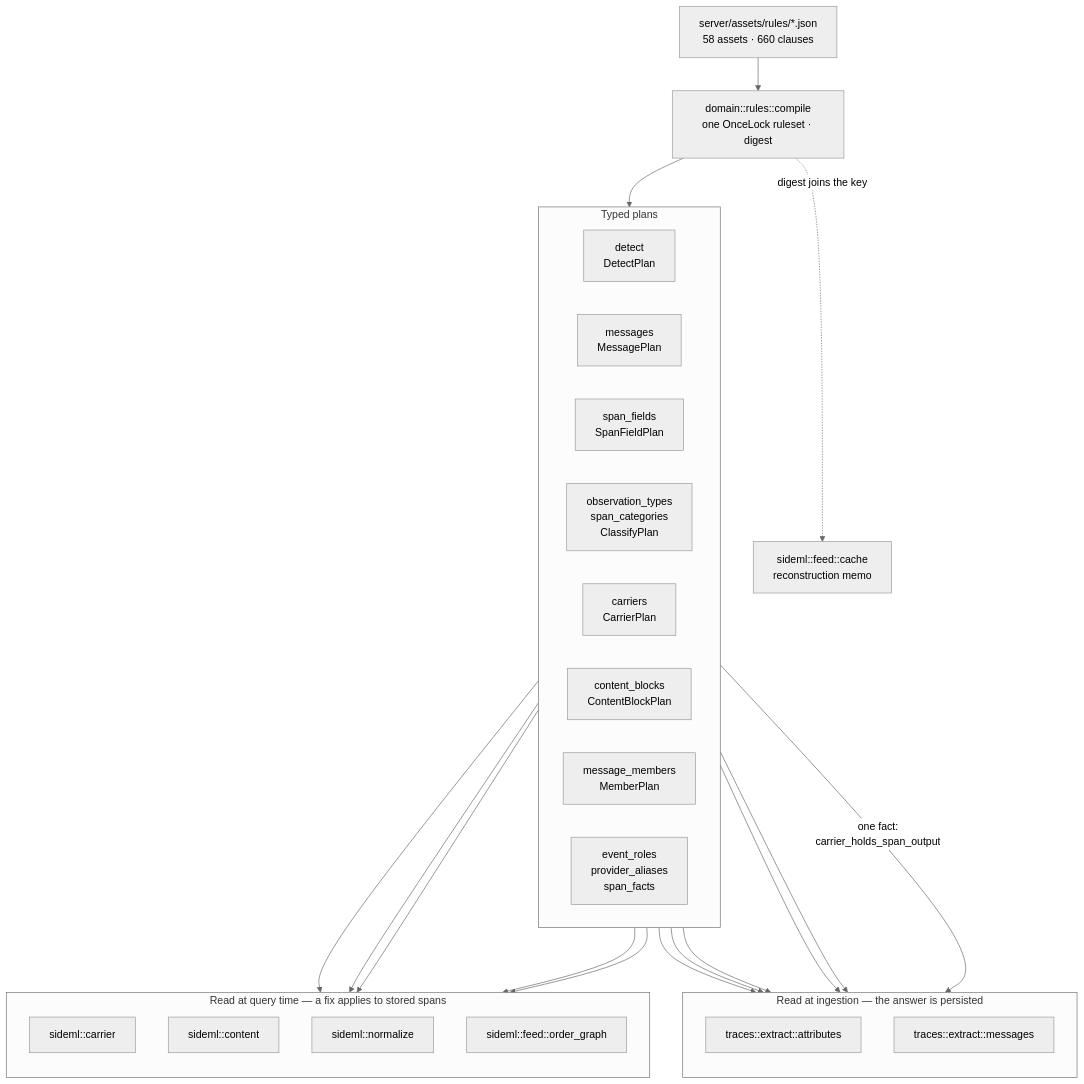
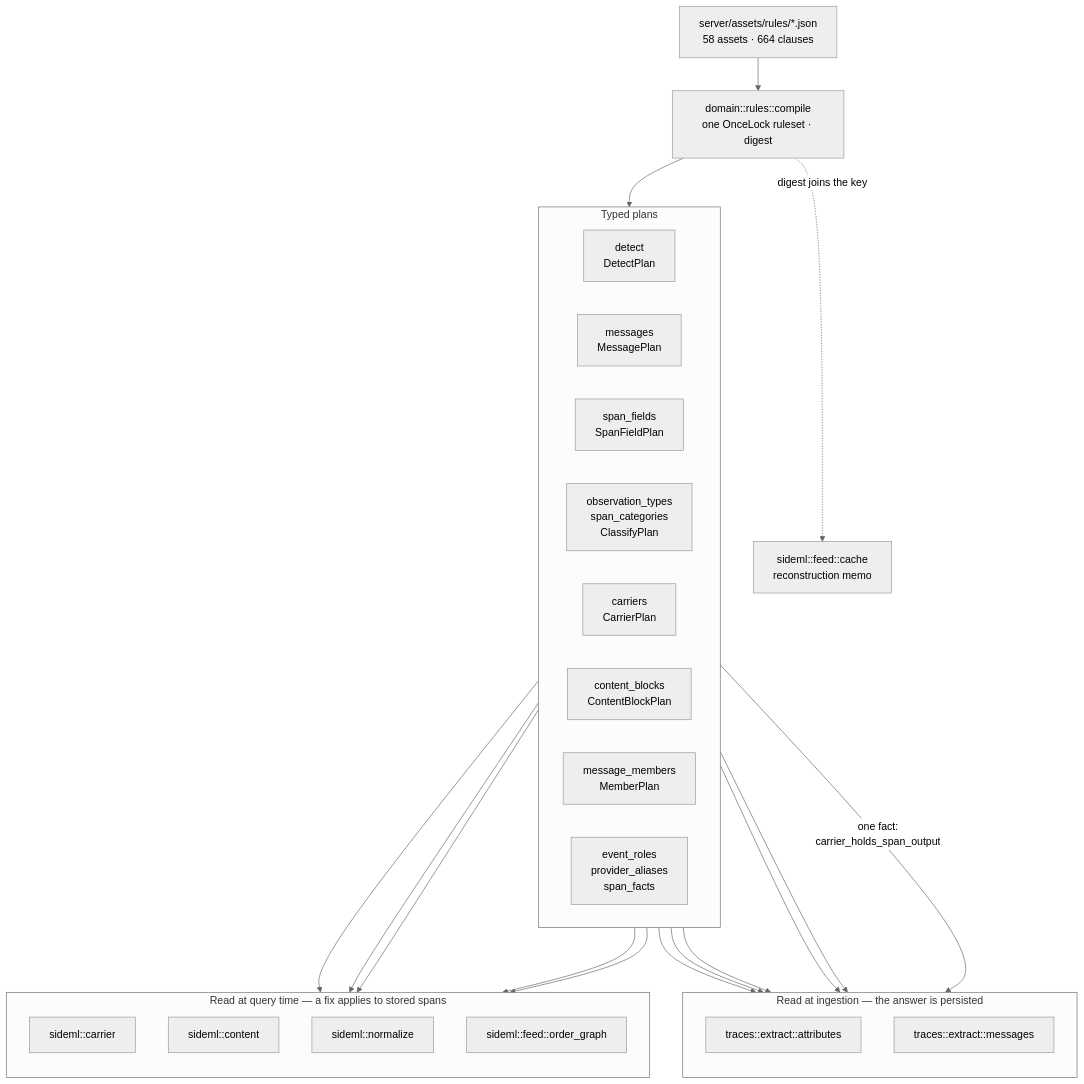
Before and after one commit to sideseat/sideseat: the first of 7 diagrams in docs/engineering/architecture-diagrams.md, drawn with Mermaid (neutral theme). The commit also changed 61 other files, not shown here.

````diff
--- a/docs/engineering/architecture-diagrams.md
+++ b/docs/engineering/architecture-diagrams.md
@@ -18,47 +18,47 @@
 ```mermaid
 flowchart TB
-    assets["server/assets/rules/*.json<br/>58 assets · 660 clauses"]
+    assets["server/assets/rules/*.json<br/>58 assets · 664 clauses"]
     compile["domain::rules::compile<br/>one OnceLock ruleset · digest"]
     assets --> compile
 
     subgraph plans["Typed plans"]
         direction LR
         detect["detect<br/>DetectPlan"]
         messages["messages<br/>MessagePlan"]
         fields["span_fields<br/>SpanFieldPlan"]
         classify["observation_types<br/>span_categories<br/>ClassifyPlan"]
         carriers["carriers<br/>CarrierPlan"]
         blocks["content_blocks<br/>ContentBlockPlan"]
         members["message_members<br/>MemberPlan"]
         roles["event_roles<br/>provider_aliases<br/>span_facts"]
     end
     compile --> plans
 
     subgraph ingest["Read at ingestion — the answer is persisted"]
         direction TB
         attrs["traces::extract::attributes"]
         msgs["traces::extract::messages"]
     end
 
     subgraph query["Read at query time — a fix applies to stored spans"]
         direction TB
         carrier["sideml::carrier"]
         content["sideml::content"]
         normalize["sideml::normalize"]
         order["sideml::feed::order_graph"]
     end
 
     detect --> attrs
     fields --> attrs
     classify --> attrs
     roles --> attrs
     messages --> msgs
     carriers -->|"one fact:<br/>carrier_holds_span_output"| msgs
     carriers --> carrier
     carriers --> order
     blocks --> content
     members --> content
     roles --> normalize
 
     compile -. "digest joins the key" .-> cache["sideml::feed::cache<br/>reconstruction memo"]
 ```
````
